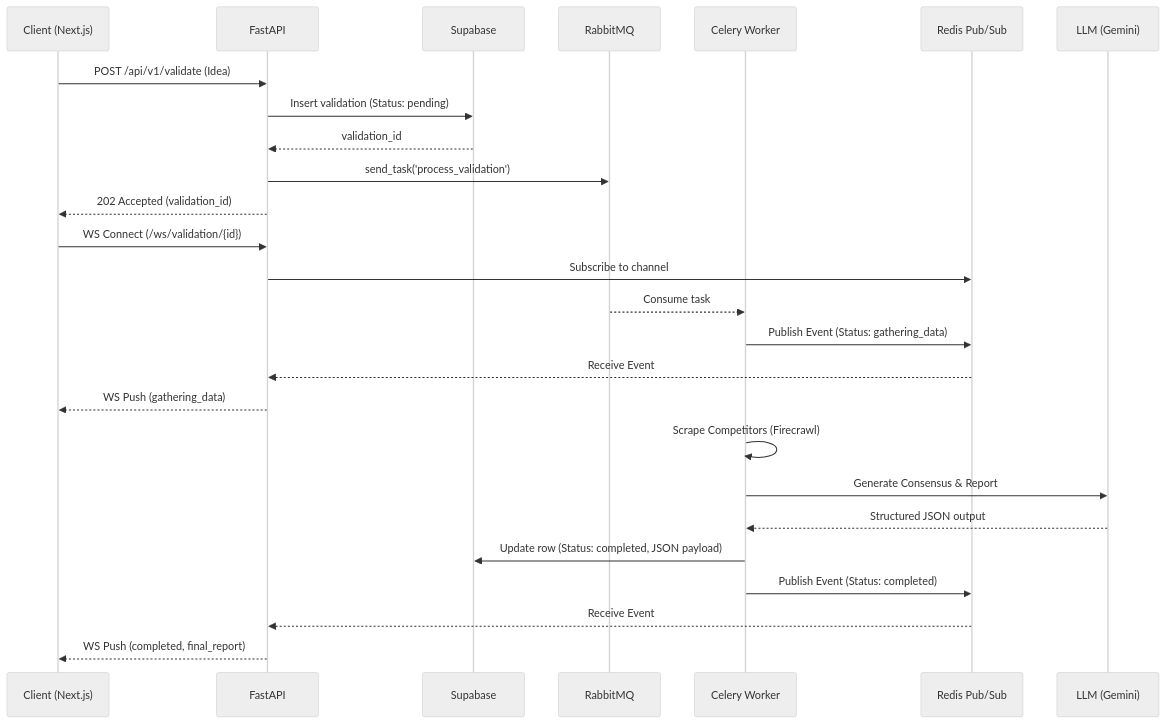
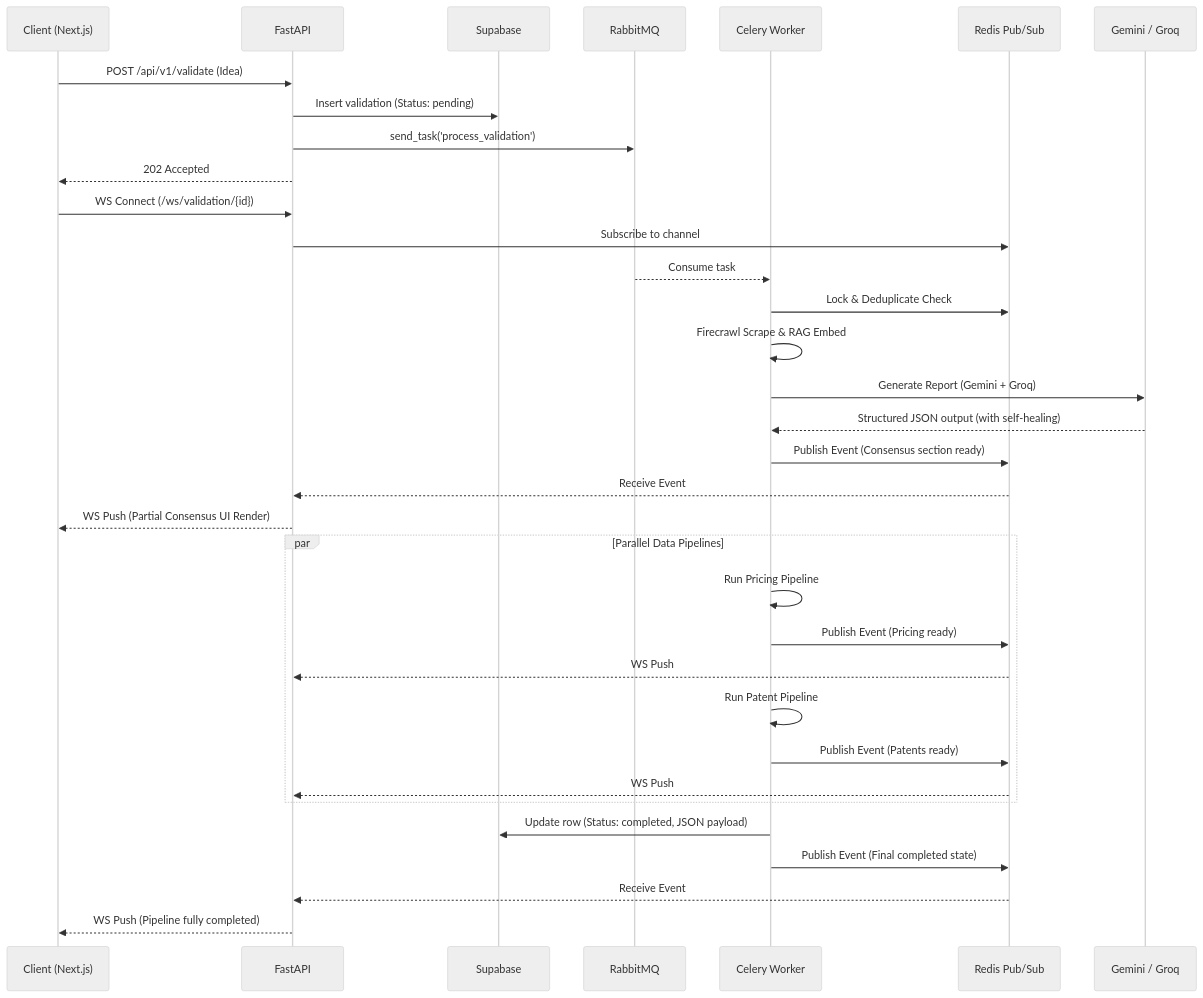
One commit to rohithuppala-code/Startup_Scope_AI changed the fourth of 5 diagrams in README.md. Above: the diagram before and after it, drawn with Mermaid (neutral theme). The commit also changed other lines of this file and 1 other file, not shown here.

Commit message:
readme and architecture edits

````diff
--- a/README.md
+++ b/README.md
@@ -210,33 +200,43 @@
 ```mermaid
 sequenceDiagram
     participant C as Client (Next.js)
     participant API as FastAPI
     participant DB as Supabase
     participant MQ as RabbitMQ
     participant W as Celery Worker
     participant R as Redis Pub/Sub
-    participant AI as LLM (Gemini)
+    participant AI as Gemini / Groq
 
     C->>API: POST /api/v1/validate (Idea)
     API->>DB: Insert validation (Status: pending)
-    DB-->>API: validation_id
     API->>MQ: send_task('process_validation')
-    API-->>C: 202 Accepted (validation_id)
+    API-->>C: 202 Accepted
     
     C->>API: WS Connect (/ws/validation/{id})
     API->>R: Subscribe to channel
     
     MQ-->>W: Consume task
-    W->>R: Publish Event (Status: gathering_data)
+    W->>R: Lock & Deduplicate Check
+    
+    W->>W: Firecrawl Scrape & RAG Embed
+    W->>AI: Generate Report (Gemini + Groq)
+    AI-->>W: Structured JSON output (with self-healing)
+    
+    W->>R: Publish Event (Consensus section ready)
     R-->>API: Receive Event
-    API-->>C: WS Push (gathering_data)
+    API-->>C: WS Push (Partial Consensus UI Render)
     
-    W->>W: Scrape Competitors (Firecrawl)
-    W->>AI: Generate Consensus & Report
-    AI-->>W: Structured JSON output
+    par Parallel Data Pipelines
+        W->>W: Run Pricing Pipeline
+        W->>R: Publish Event (Pricing ready)
+        R-->>API: WS Push
+        W->>W: Run Patent Pipeline
+        W->>R: Publish Event (Patents ready)
+        R-->>API: WS Push
+    end
     
     W->>DB: Update row (Status: completed, JSON payload)
-    W->>R: Publish Event (Status: completed)
+    W->>R: Publish Event (Final completed state)
     R-->>API: Receive Event
-    API-->>C: WS Push (completed, final_report)
+    API-->>C: WS Push (Pipeline fully completed)
 ```
````
